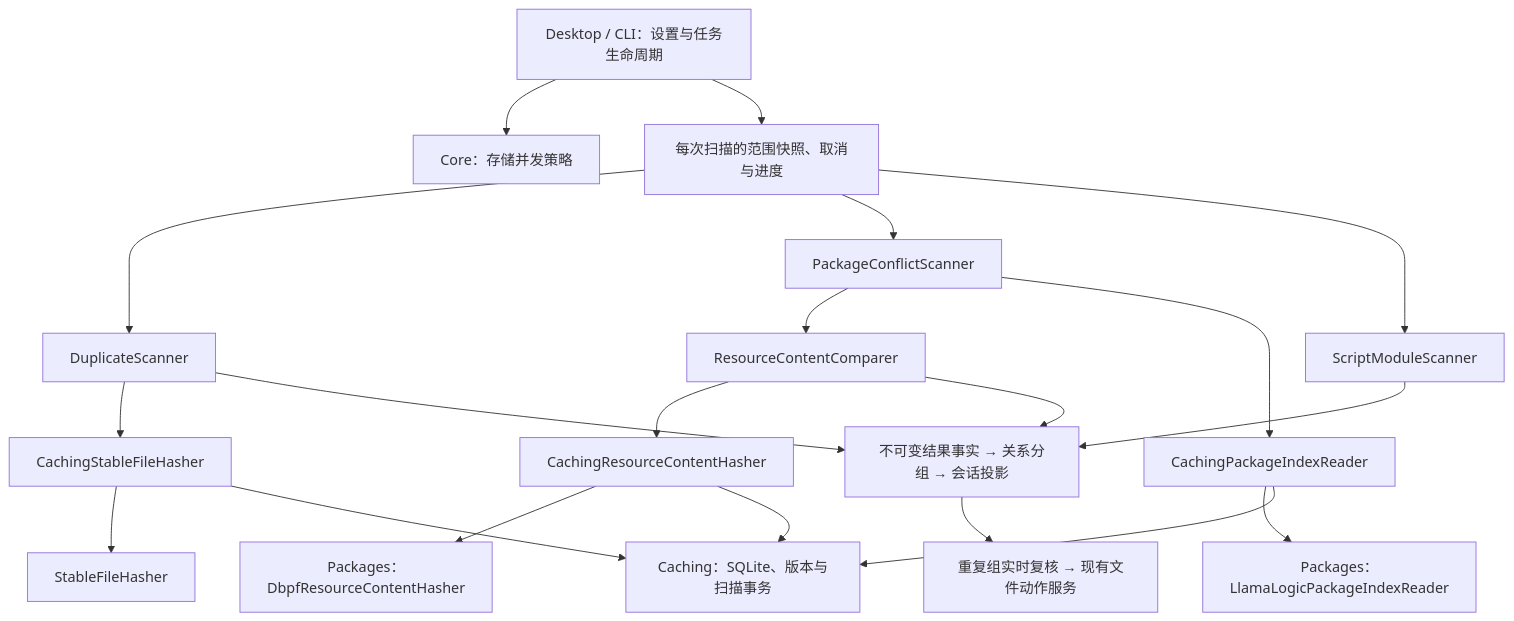
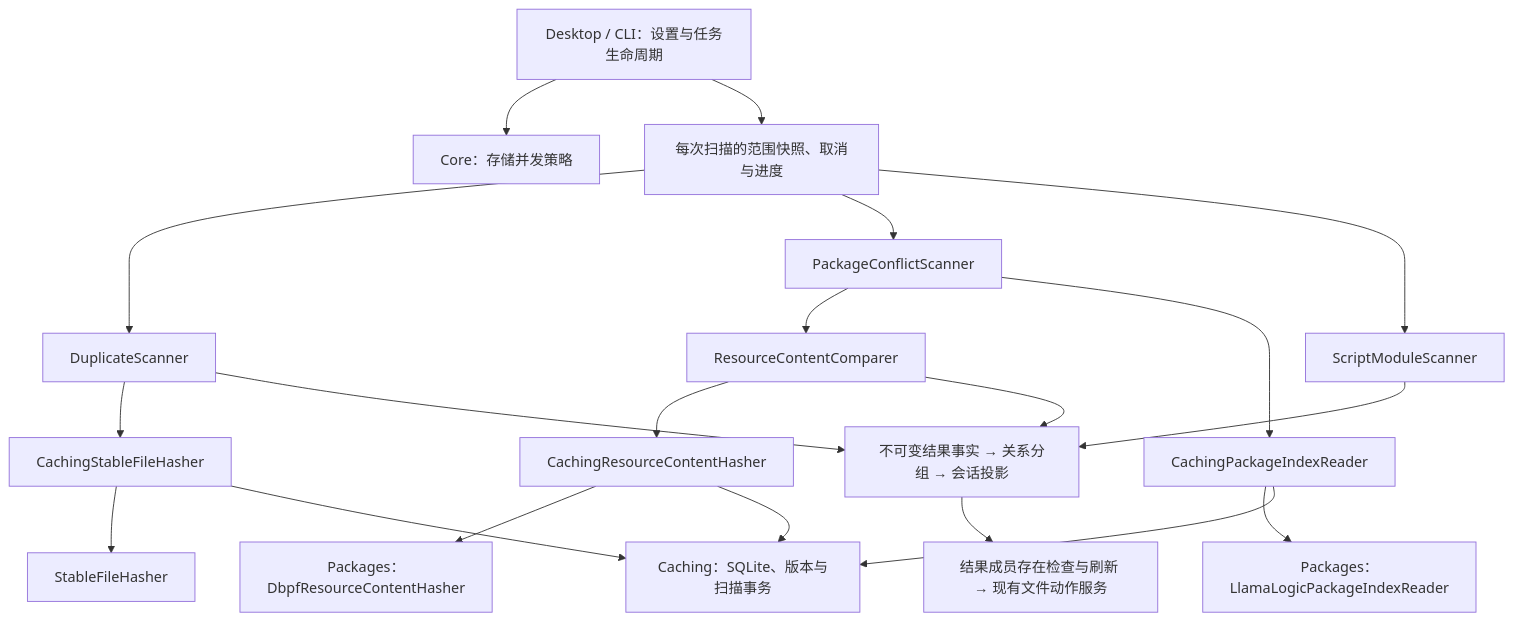
One commit to stella-wood/Sims4ModSieve changed the diagram in docs/architecture/性能优化与缓存架构.md. Above: the diagram before and after it, drawn with Mermaid. The commit also changed other lines of this file and 20 other files, not shown here.

````diff
--- a/docs/architecture/性能优化与缓存架构.md
+++ b/docs/architecture/性能优化与缓存架构.md
@@ -44,22 +44,22 @@
 ```mermaid
 flowchart TD
     H["Desktop / CLI：设置与任务生命周期"] --> P["Core：存储并发策略"]
     H --> S["每次扫描的范围快照、取消与进度"]
     S --> D["DuplicateScanner"]
     S --> I["PackageConflictScanner"]
     S --> T["ScriptModuleScanner"]
     I --> R["ResourceContentComparer"]
     D --> CH["CachingStableFileHasher"]
     I --> CI["CachingPackageIndexReader"]
     R --> CR["CachingResourceContentHasher"]
     CH --> FH["StableFileHasher"]
     CI --> IR["Packages：LlamaLogicPackageIndexReader"]
     CR --> RH["Packages：DbpfResourceContentHasher"]
     CH --> DB["Caching：SQLite、版本与扫描事务"]
     CI --> DB
     CR --> DB
     D --> E["不可变结果事实 → 关系分组 → 会话投影"]
     R --> E
     T --> E
-    E --> A["重复组实时复核 → 现有文件动作服务"]
+    E --> A["结果成员存在检查与刷新 → 现有文件动作服务"]
 ```
````
